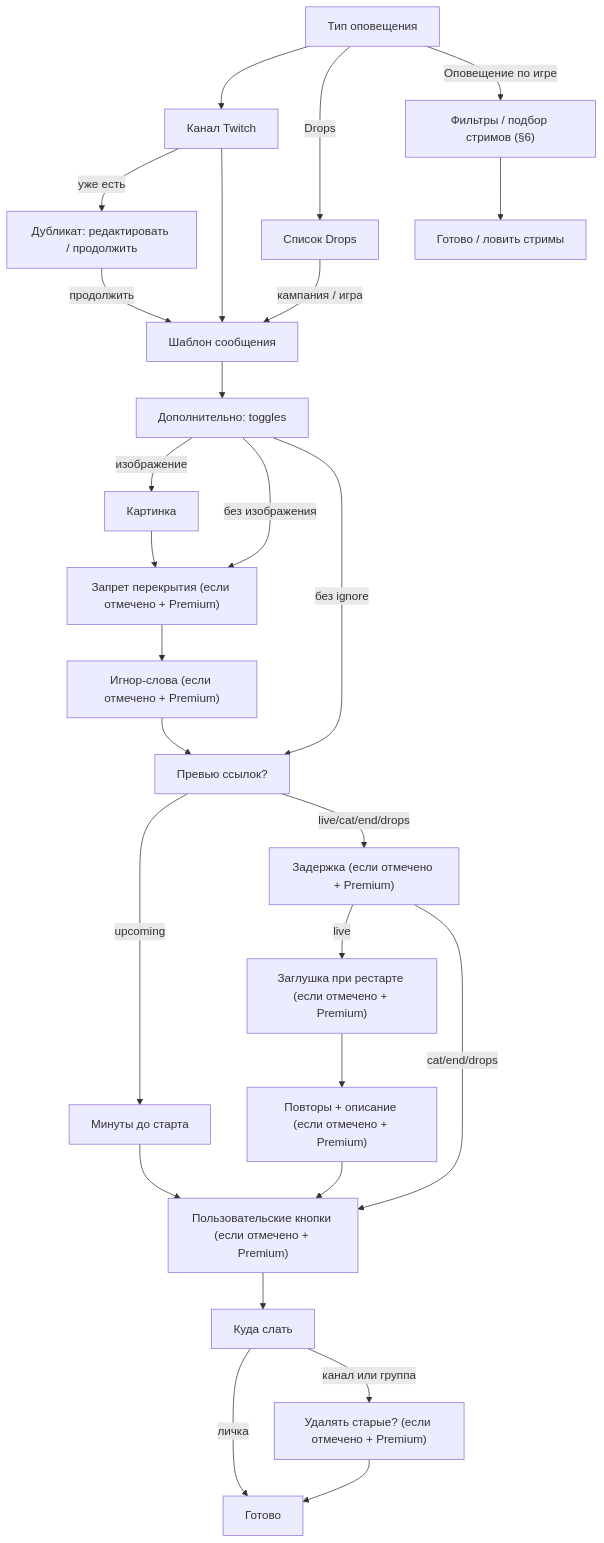
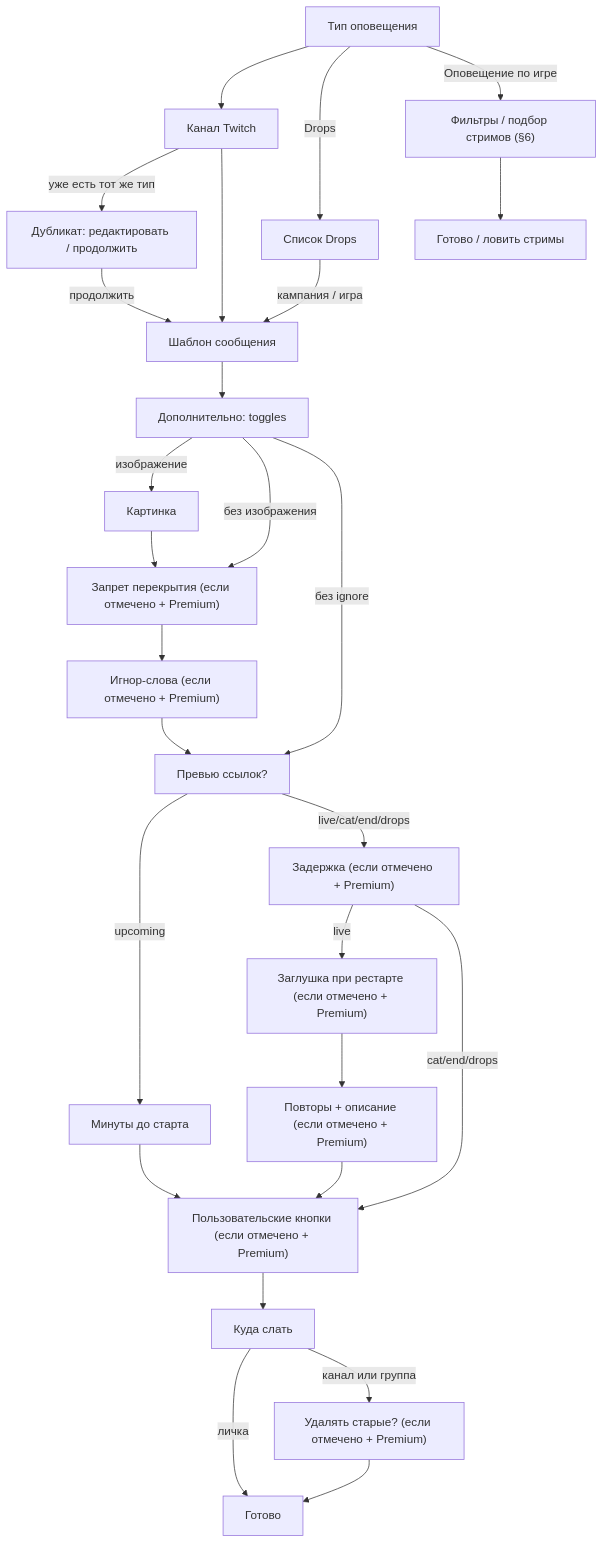
Before and after one commit to Marfa/twitch-telegram-bot: the second of 3 diagrams in docs/user-flow-map.ru.md, drawn with Mermaid. The commit also changed other lines of this file and 8 other files, not shown here.

````diff
--- a/docs/user-flow-map.ru.md
+++ b/docs/user-flow-map.ru.md
@@ -119,29 +119,29 @@
 ```mermaid
 flowchart TD
  AT["Тип оповещения"] --> CH["Канал Twitch"]
  AT -->|Drops| CAT["Список Drops"]
  AT -->|Оповещение по игре| WAT["Фильтры / подбор стримов (§6)"]
- CH -->|уже есть| DUP["Дубликат: редактировать / продолжить"]
+ CH -->|уже есть тот же тип| DUP["Дубликат: редактировать / продолжить"]
  CH --> TPL["Шаблон сообщения"]
  CAT -->|кампания / игра| TPL
  DUP -->|продолжить| TPL
  TPL --> OPT["Дополнительно: toggles"]
  OPT -->|изображение| IMG["Картинка"]
  OPT -->|без изображения| OVL
  IMG --> OVL["Запрет перекрытия (если отмечено + Premium)"]
  OVL --> IGN["Игнор-слова (если отмечено + Premium)"]
  IGN --> LP["Превью ссылок?"]
  OPT -->|без ignore| LP
  LP -->|upcoming| SRM["Минуты до старта"]
  LP -->|live/cat/end/drops| DL["Задержка (если отмечено + Premium)"]
  DL -->|live| RST["Заглушка при рестарте (если отмечено + Premium)"]
  RST --> REP["Повторы + описание (если отмечено + Premium)"]
  REP --> BTN["Пользовательские кнопки (если отмечено + Premium)"]
  BTN --> DEST["Куда слать"]
  SRM --> BTN
  DL -->|cat/end/drops| BTN
  DEST -->|личка| DONE["Готово"]
  DEST -->|канал или группа| DEL["Удалять старые? (если отмечено + Premium)"]
  DEL --> DONE
  WAT --> ENDW["Готово / ловить стримы"]
 ```
````
